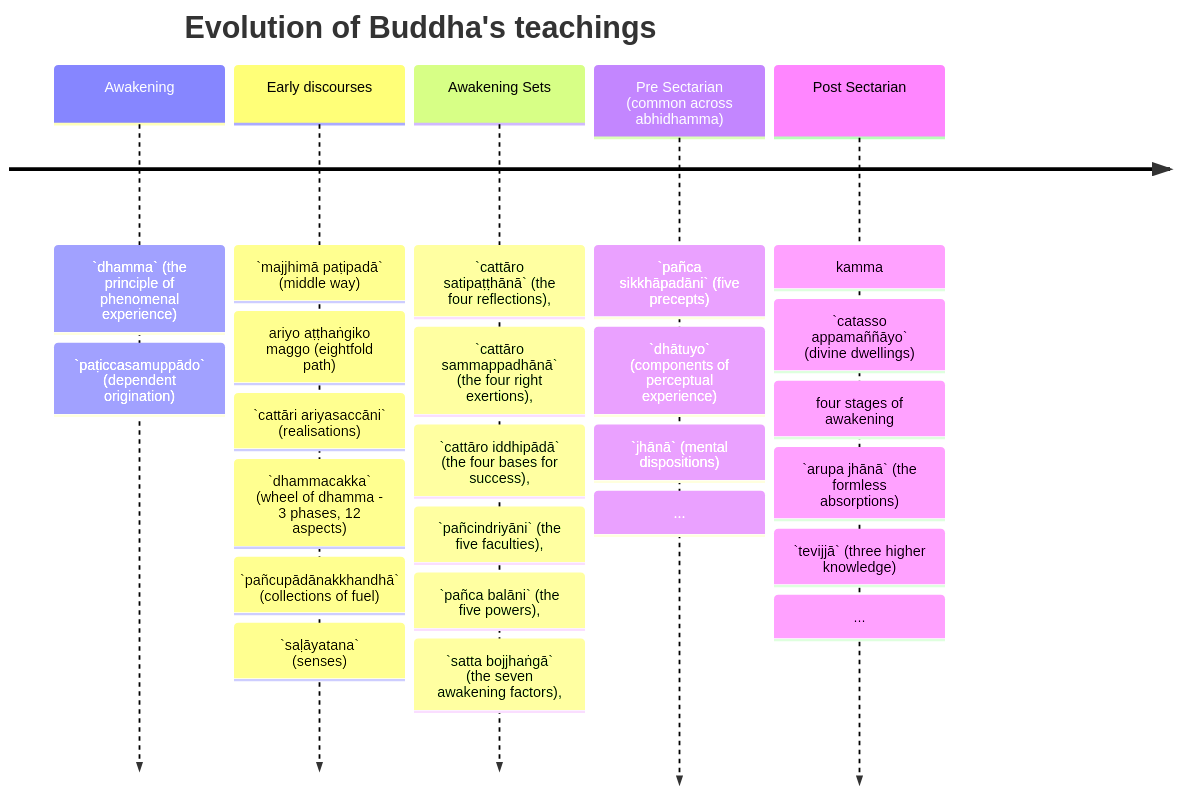
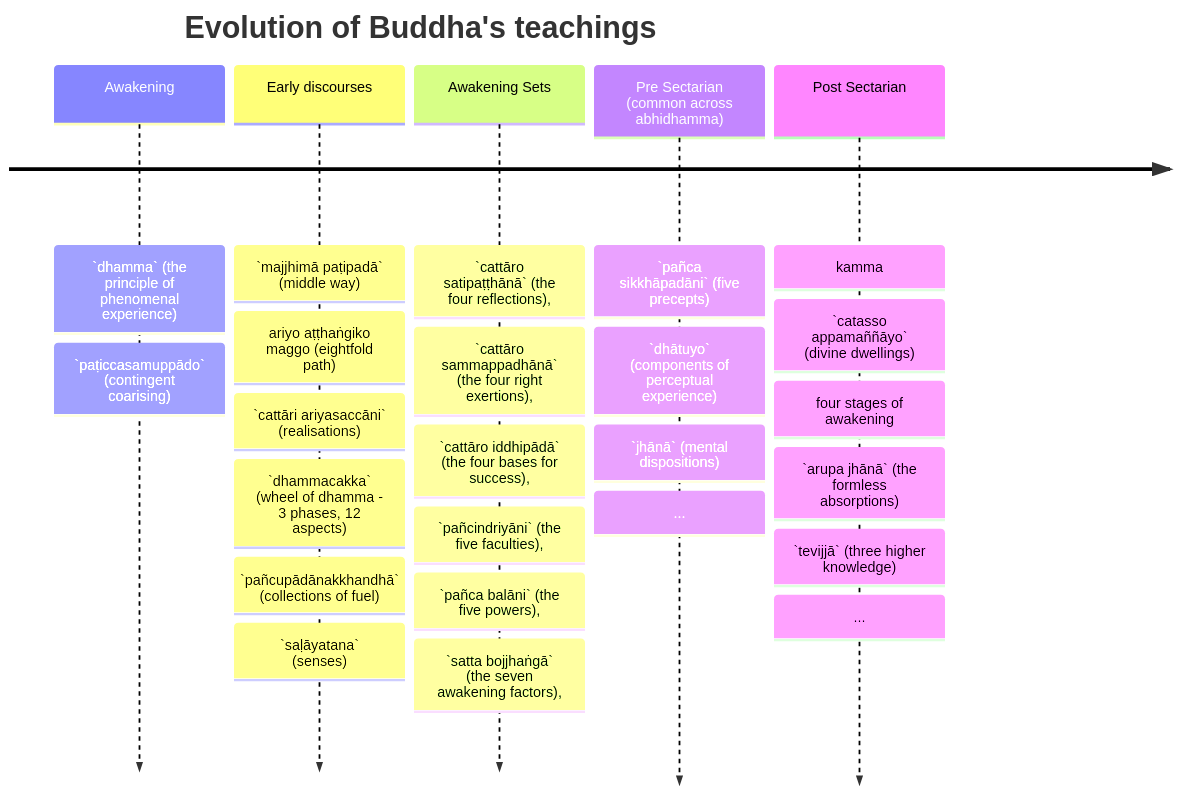
One commit to ChristineTham/buddhavacana changed the second of 2 diagrams in src/content/docs/Articles/evolution.mdx. Above: the diagram before and after it, drawn with Mermaid. The commit also changed other lines of this file and 36 other files, not shown here.

Commit message:
Refactor terminology from "dependent origination" to "contingent coarising" across multiple Sutta documents for consistency and clarity.

````diff
--- a/src/content/docs/Articles/evolution.mdx
+++ b/src/content/docs/Articles/evolution.mdx
@@ -532,33 +532,33 @@
 ```mermaid
 timeline
   title Evolution of Buddha's teachings
   Awakening
     : `dhamma` (the principle of phenomenal experience)
-    : `paṭiccasamuppādo` (dependent origination)
+    : `paṭiccasamuppādo` (contingent coarising)
   Early discourses
     : `majjhimā paṭipadā` (middle way)
     : ariyo aṭṭhaṅgiko maggo (eightfold path)
     : `cattāri ariyasaccāni` (realisations)
     : `dhammacakka` (wheel of dhamma - 3 phases, 12 aspects)
     : `pañcupādānakkhandhā` (collections of fuel)
     : `saḷāyatana` (senses)
   Awakening Sets
     : `cattāro satipaṭṭhānā` (the four reflections),
     : `cattāro sammappadhānā` (the four right exertions),
     : `cattāro iddhipādā` (the four bases for success),
     : `pañcindriyāni` (the five faculties),
     : `pañca balāni` (the five powers),
     : `satta bojjhaṅgā` (the seven awakening factors),
   Pre Sectarian (common across abhidhamma)
     : `pañca sikkhāpadāni` (five precepts)
     : `dhātuyo` (components of perceptual experience)
     : `jhānā` (mental dispositions)
     : ...
   Post Sectarian
     : kamma
     : `catasso appamaññāyo` (divine dwellings)
     : four stages of awakening
     : `arupa jhānā` (the formless absorptions)
     : `tevijjā` (three higher knowledge)
     : ...
 ```
````
